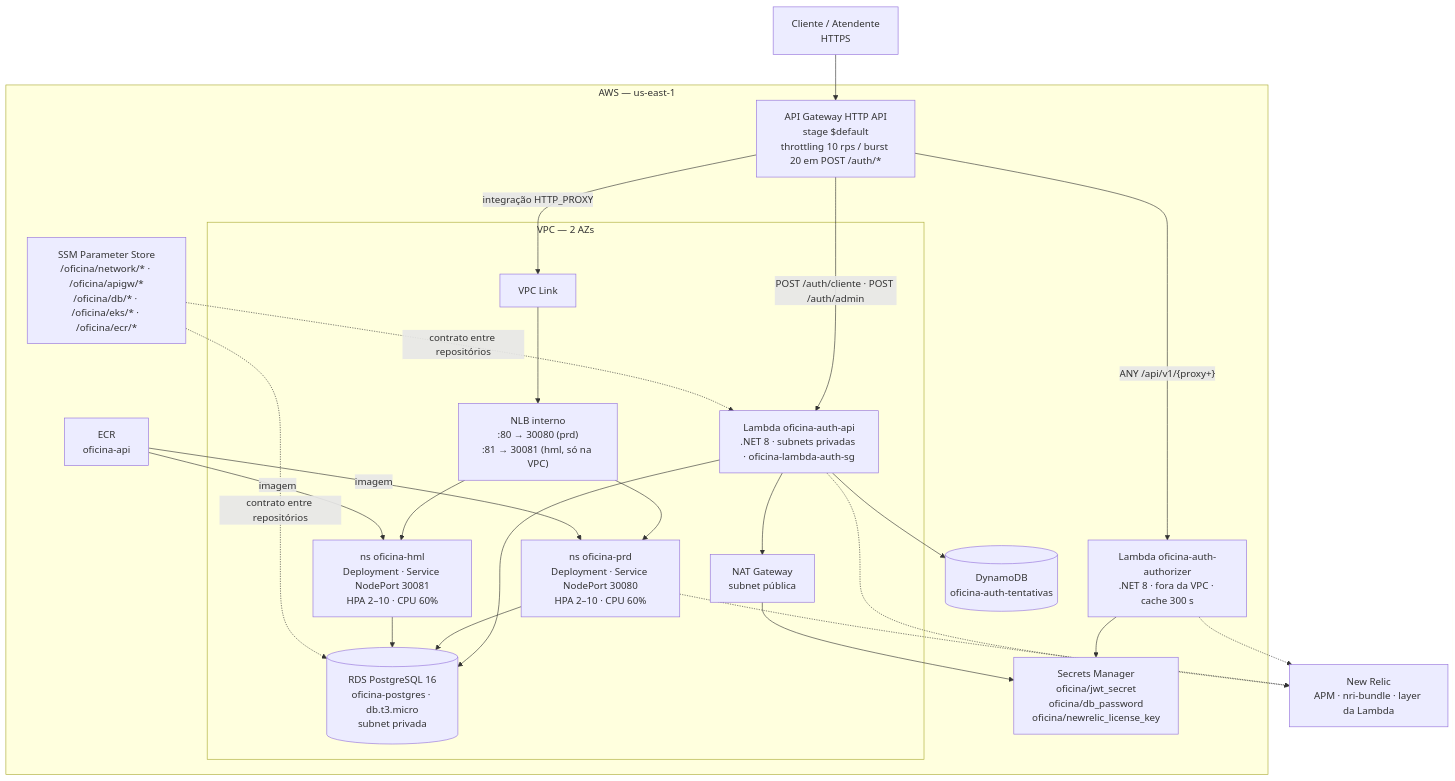
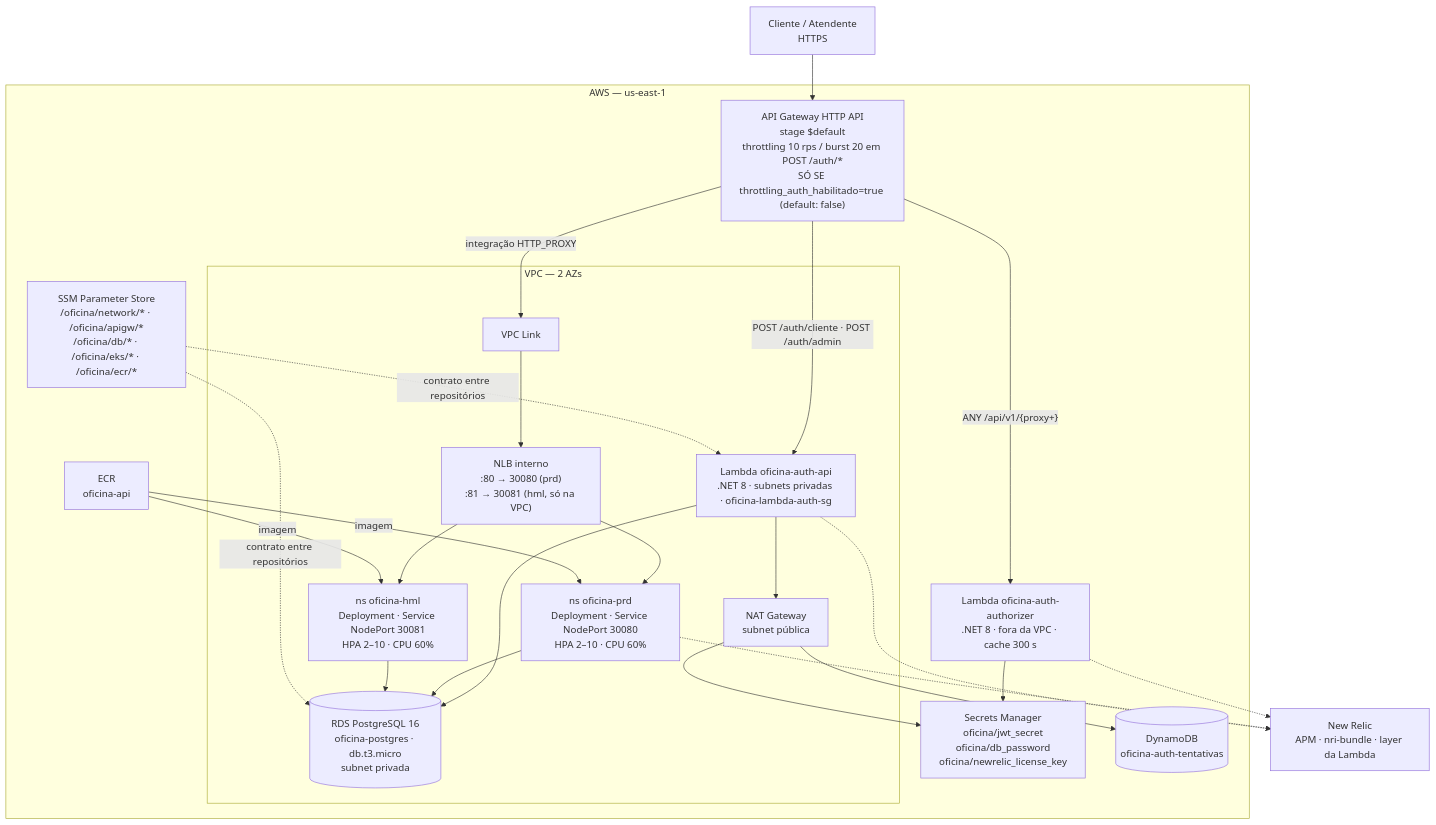
Before and after one commit to lcr-thiago-fernandes/oficina-app: the diagram in docs/arquitetura/diagramas/componentes.md, drawn with Mermaid.

Commit message:
docs: corrige condicionalidade do throttling e rota do DynamoDB no diagrama de componentes

````diff
--- a/docs/arquitetura/diagramas/componentes.md
+++ b/docs/arquitetura/diagramas/componentes.md
@@ -7,46 +7,46 @@
 ```mermaid
 flowchart TB
     CLI["Cliente / Atendente<br/>HTTPS"]
     NR["New Relic<br/>APM · nri-bundle · layer da Lambda"]
 
     subgraph AWS["AWS — us-east-1"]
-        APIGW["API Gateway HTTP API<br/>stage $default<br/>throttling 10 rps / burst 20 em POST /auth/*"]
+        APIGW["API Gateway HTTP API<br/>stage $default<br/>throttling 10 rps / burst 20 em POST /auth/*<br/>SÓ SE throttling_auth_habilitado=true (default: false)"]
         AUTHZ["Lambda oficina-auth-authorizer<br/>.NET 8 · fora da VPC · cache 300 s"]
         SM["Secrets Manager<br/>oficina/jwt_secret<br/>oficina/db_password<br/>oficina/newrelic_license_key"]
         SSM["SSM Parameter Store<br/>/oficina/network/* · /oficina/apigw/*<br/>/oficina/db/* · /oficina/eks/* · /oficina/ecr/*"]
         DDB[("DynamoDB<br/>oficina-auth-tentativas")]
         ECR["ECR<br/>oficina-api"]
 
         subgraph VPC["VPC — 2 AZs"]
             NAT["NAT Gateway<br/>subnet pública"]
             VPCL["VPC Link"]
             NLB["NLB interno<br/>:80 → 30080 (prd)<br/>:81 → 30081 (hml, só na VPC)"]
             AUTHAPI["Lambda oficina-auth-api<br/>.NET 8 · subnets privadas · oficina-lambda-auth-sg"]
             PRD["ns oficina-prd<br/>Deployment · Service NodePort 30080<br/>HPA 2–10 · CPU 60%"]
             HML["ns oficina-hml<br/>Deployment · Service NodePort 30081<br/>HPA 2–10 · CPU 60%"]
             RDS[("RDS PostgreSQL 16<br/>oficina-postgres · db.t3.micro<br/>subnet privada")]
         end
     end
 
     CLI --> APIGW
     APIGW -->|"ANY /api/v1/{proxy+}"| AUTHZ
     APIGW -->|"POST /auth/cliente · POST /auth/admin"| AUTHAPI
     APIGW -->|"integração HTTP_PROXY"| VPCL
     VPCL --> NLB
     NLB --> PRD
     NLB --> HML
     AUTHAPI --> RDS
-    AUTHAPI --> DDB
     AUTHAPI --> NAT
     AUTHZ --> SM
     NAT --> SM
+    NAT --> DDB
     PRD --> RDS
     HML --> RDS
     ECR -->|"imagem"| PRD
     ECR -->|"imagem"| HML
     SSM -.->|"contrato entre repositórios"| AUTHAPI
     SSM -.->|"contrato entre repositórios"| RDS
     PRD -.-> NR
     AUTHAPI -.-> NR
     AUTHZ -.-> NR
 ```
````
